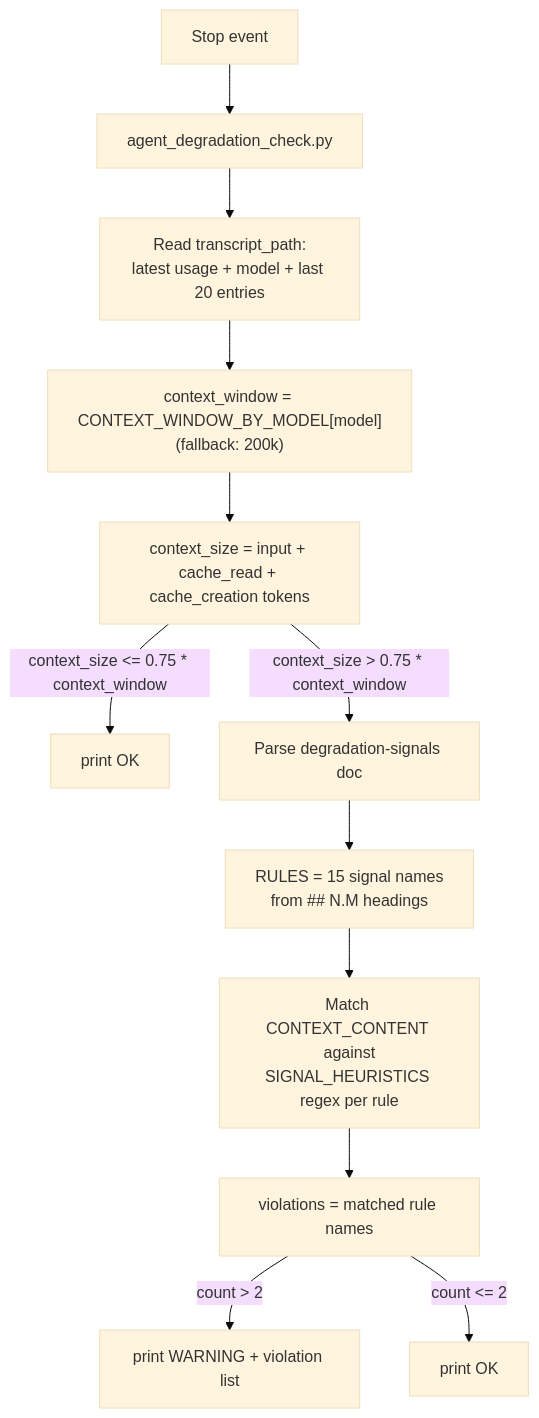
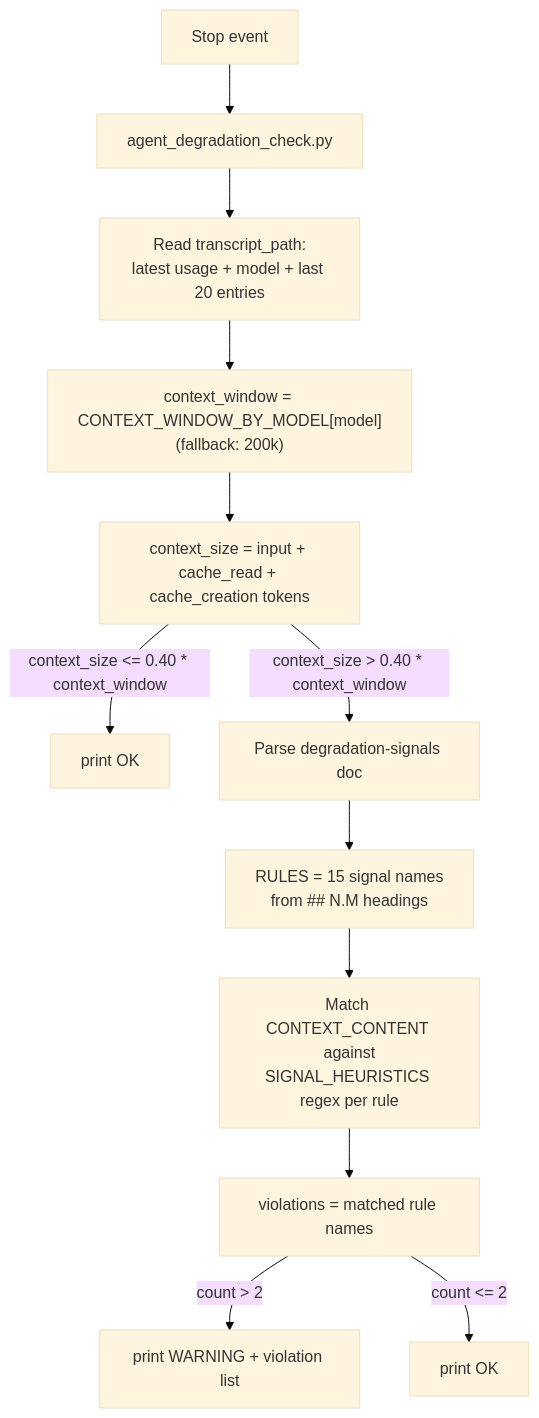
One commit to cieyhomelab/hooks changed the diagram in dumb-zone-40/README.md. Above: the diagram before and after it, drawn with Mermaid (base theme). The commit also changed other lines of this file, not shown here.

Commit message:
Update context size warning threshold in README

````diff
--- a/dumb-zone-40/README.md
+++ b/dumb-zone-40/README.md
@@ -51,15 +51,15 @@
 ```mermaid
 flowchart TD
     STOP[Stop event] --> ADC[agent_degradation_check.py]
 
     ADC --> T2["Read transcript_path:\nlatest usage + model + last 20 entries"]
     T2 --> CW2["context_window = CONTEXT_WINDOW_BY_MODEL[model]\n(fallback: 200k)"]
     CW2 --> CS2["context_size = input + cache_read + cache_creation tokens"]
-    CS2 -->|context_size <= 0.75 * context_window| OK1["print OK"]
-    CS2 -->|context_size > 0.75 * context_window| DOC[Parse degradation-signals doc]
+    CS2 -->|context_size <= 0.40 * context_window| OK1["print OK"]
+    CS2 -->|context_size > 0.40 * context_window| DOC[Parse degradation-signals doc]
     DOC --> RULES["RULES = 15 signal names\nfrom ## N.M headings"]
     RULES --> EVAL["Match CONTEXT_CONTENT against\nSIGNAL_HEURISTICS regex per rule"]
     EVAL --> COUNT[violations = matched rule names]
     COUNT -->|"count > 2"| WARN2["print WARNING + violation list"]
     COUNT -->|"count <= 2"| OK2["print OK"]
 ```
````
